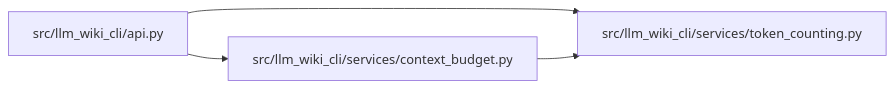
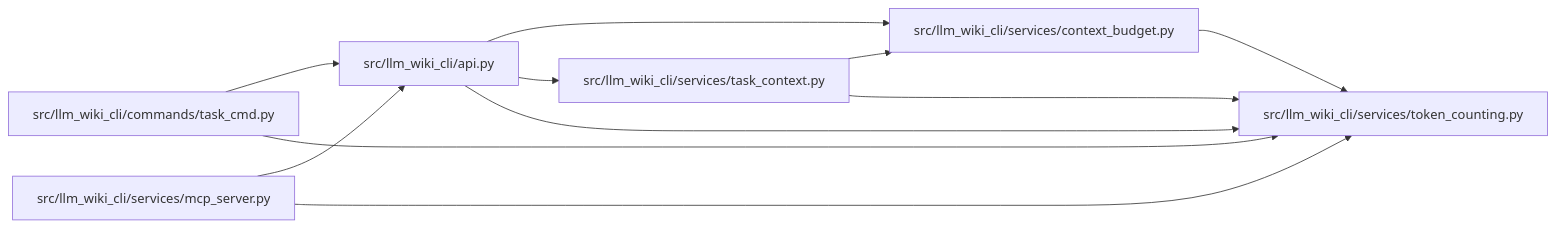
One commit to Denissvgn/python-wiki-llm changed the diagram in docs/llm_wiki/modules/token_counting.md. Above: the diagram before and after it, drawn with Mermaid. The commit also changed other lines of this file and 865 other files, not shown here.

````diff
--- a/docs/llm_wiki/modules/token_counting.md
+++ b/docs/llm_wiki/modules/token_counting.md
@@ -25,12 +25,25 @@
 ```mermaid
 flowchart LR
     n0["src/llm_wiki_cli/api.py"]
-    n1["src/llm_wiki_cli/services/context_budget.py"]
-    n2["src/llm_wiki_cli/services/token_counting.py"]
-    n0 --> n1
+    n1["src/llm_wiki_cli/commands/task_cmd.py"]
+    n2["src/llm_wiki_cli/services/context_budget.py"]
+    n3["src/llm_wiki_cli/services/mcp_server.py"]
+    n4["src/llm_wiki_cli/services/task_context.py"]
+    n5["src/llm_wiki_cli/services/token_counting.py"]
     n0 --> n2
-    n1 --> n2
+    n0 --> n4
+    n0 --> n5
+    n1 --> n0
+    n1 --> n5
+    n2 --> n5
+    n3 --> n0
+    n3 --> n5
+    n4 --> n2
+    n4 --> n5
     click n0 "../modules/api.md"
-    click n1 "../modules/context_budget.md"
-    click n2 "../modules/token_counting.md"
+    click n1 "../modules/task_cmd.md"
+    click n2 "../modules/context_budget.md"
+    click n3 "../modules/mcp_server.md"
+    click n4 "../modules/task_context.md"
+    click n5 "../modules/token_counting.md"
 ```
````
